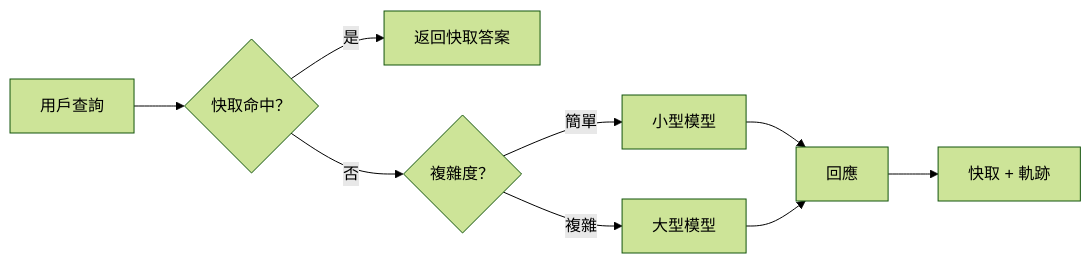
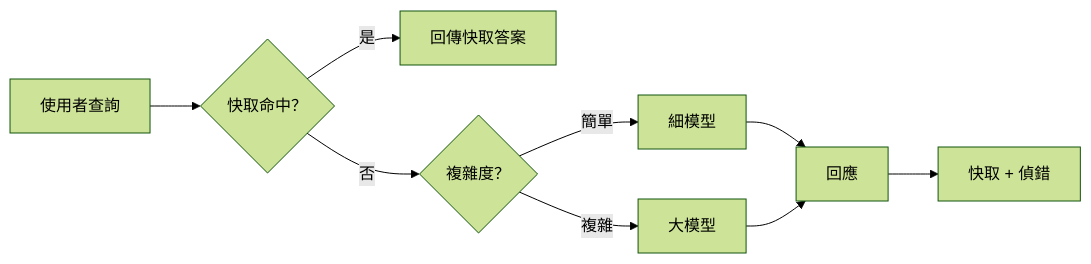
The third of 4 diagrams in mirrors/repos/microsoft@ai-agents-for-beginners/translations/zh-MO/16-deploying-scalable-agents/README.md (gabrielmoreira/agent-skills-mirror), drawn with Mermaid (forest theme) before and after one commit. The commit also changed other lines of this file and 3581 other files, not shown here.

````diff
--- a/mirrors/repos/microsoft@ai-agents-for-beginners/translations/zh-MO/16-deploying-scalable-agents/README.md
+++ b/mirrors/repos/microsoft@ai-agents-for-beginners/translations/zh-MO/16-deploying-scalable-agents/README.md
@@ -134,11 +134,11 @@
 ```mermaid
 flowchart LR
-    Q[用戶查詢] --> C{快取命中？}
-    C -->|是| R[返回快取答案]
+    Q[使用者查詢] --> C{快取命中？}
+    C -->|是| R[回傳快取答案]
     C -->|否| Router{複雜度？}
-    Router -->|簡單| SLM[小型模型]
-    Router -->|複雜| LLM[大型模型]
+    Router -->|簡單| SLM[細模型]
+    Router -->|複雜| LLM[大模型]
     SLM --> Out[回應]
     LLM --> Out
-    Out --> Store[快取 + 軌跡]
+    Out --> Store[快取 + 偵錯]
 ```
````
